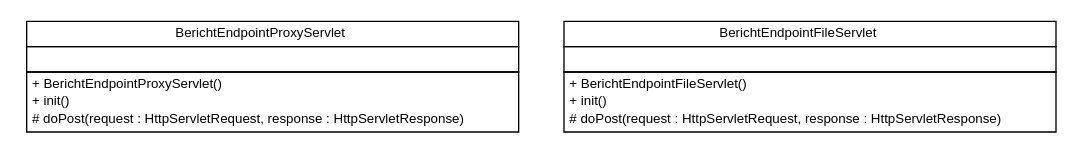
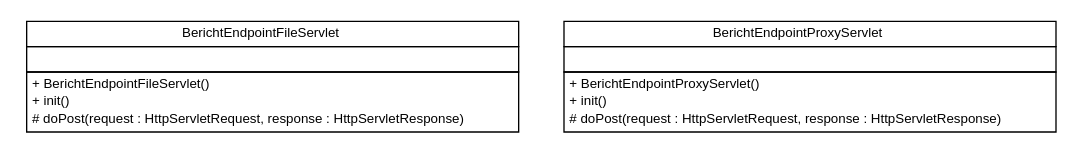
One commit to B3Partners/brmo changed the diagram in brmo-proxyservice/apidocs/nl/b3p/brmo/service/proxy/nl.b3p.brmo.service.proxy.dot. Above: the diagram before and after it, drawn with Graphviz. The commit also changed 60 other files, not shown here.

```diff
--- a/brmo-proxyservice/apidocs/nl/b3p/brmo/service/proxy/nl.b3p.brmo.service.proxy.dot
+++ b/brmo-proxyservice/apidocs/nl/b3p/brmo/service/proxy/nl.b3p.brmo.service.proxy.dot
@@ -1,40 +1,40 @@
 #!/usr/local/bin/dot
 #
 # Class diagram 
 # Generated by UMLGraph version R5_6-24-gf6e263 (http://www.umlgraph.org/)
 #
 
 digraph G {
 	edge [fontname="Helvetica",fontsize=10,labelfontname="Helvetica",labelfontsize=10];
 	node [fontname="Helvetica",fontsize=10,shape=plaintext];
 	nodesep=0.25;
 	ranksep=0.5;
+	// nl.b3p.brmo.service.proxy.BerichtEndpointFileServlet
+	c0 [label=<<table title="nl.b3p.brmo.service.proxy.BerichtEndpointFileServlet" border="0" cellborder="1" cellspacing="0" cellpadding="2" port="p" href="./BerichtEndpointFileServlet.html">
+		<tr><td><table border="0" cellspacing="0" cellpadding="1">
+<tr><td align="center" balign="center"> BerichtEndpointFileServlet </td></tr>
+		</table></td></tr>
+		<tr><td><table border="0" cellspacing="0" cellpadding="1">
+<tr><td align="left" balign="left">  </td></tr>
+		</table></td></tr>
+		<tr><td><table border="0" cellspacing="0" cellpadding="1">
+<tr><td align="left" balign="left"> + BerichtEndpointFileServlet() </td></tr>
+<tr><td align="left" balign="left"> + init() </td></tr>
+<tr><td align="left" balign="left"> # doPost(request : HttpServletRequest, response : HttpServletResponse) </td></tr>
+		</table></td></tr>
+		</table>>, URL="./BerichtEndpointFileServlet.html", fontname="Helvetica", fontcolor="black", fontsize=10.0];
 	// nl.b3p.brmo.service.proxy.BerichtEndpointProxyServlet
-	c0 [label=<<table title="nl.b3p.brmo.service.proxy.BerichtEndpointProxyServlet" border="0" cellborder="1" cellspacing="0" cellpadding="2" port="p" href="./BerichtEndpointProxyServlet.html">
+	c1 [label=<<table title="nl.b3p.brmo.service.proxy.BerichtEndpointProxyServlet" border="0" cellborder="1" cellspacing="0" cellpadding="2" port="p" href="./BerichtEndpointProxyServlet.html">
 		<tr><td><table border="0" cellspacing="0" cellpadding="1">
 <tr><td align="center" balign="center"> BerichtEndpointProxyServlet </td></tr>
 		</table></td></tr>
 		<tr><td><table border="0" cellspacing="0" cellpadding="1">
 <tr><td align="left" balign="left">  </td></tr>
 		</table></td></tr>
 		<tr><td><table border="0" cellspacing="0" cellpadding="1">
 <tr><td align="left" balign="left"> + BerichtEndpointProxyServlet() </td></tr>
 <tr><td align="left" balign="left"> + init() </td></tr>
 <tr><td align="left" balign="left"> # doPost(request : HttpServletRequest, response : HttpServletResponse) </td></tr>
 		</table></td></tr>
 		</table>>, URL="./BerichtEndpointProxyServlet.html", fontname="Helvetica", fontcolor="black", fontsize=10.0];
-	// nl.b3p.brmo.service.proxy.BerichtEndpointFileServlet
-	c1 [label=<<table title="nl.b3p.brmo.service.proxy.BerichtEndpointFileServlet" border="0" cellborder="1" cellspacing="0" cellpadding="2" port="p" href="./BerichtEndpointFileServlet.html">
-		<tr><td><table border="0" cellspacing="0" cellpadding="1">
-<tr><td align="center" balign="center"> BerichtEndpointFileServlet </td></tr>
-		</table></td></tr>
-		<tr><td><table border="0" cellspacing="0" cellpadding="1">
-<tr><td align="left" balign="left">  </td></tr>
-		</table></td></tr>
-		<tr><td><table border="0" cellspacing="0" cellpadding="1">
-<tr><td align="left" balign="left"> + BerichtEndpointFileServlet() </td></tr>
-<tr><td align="left" balign="left"> + init() </td></tr>
-<tr><td align="left" balign="left"> # doPost(request : HttpServletRequest, response : HttpServletResponse) </td></tr>
-		</table></td></tr>
-		</table>>, URL="./BerichtEndpointFileServlet.html", fontname="Helvetica", fontcolor="black", fontsize=10.0];
 }
```
